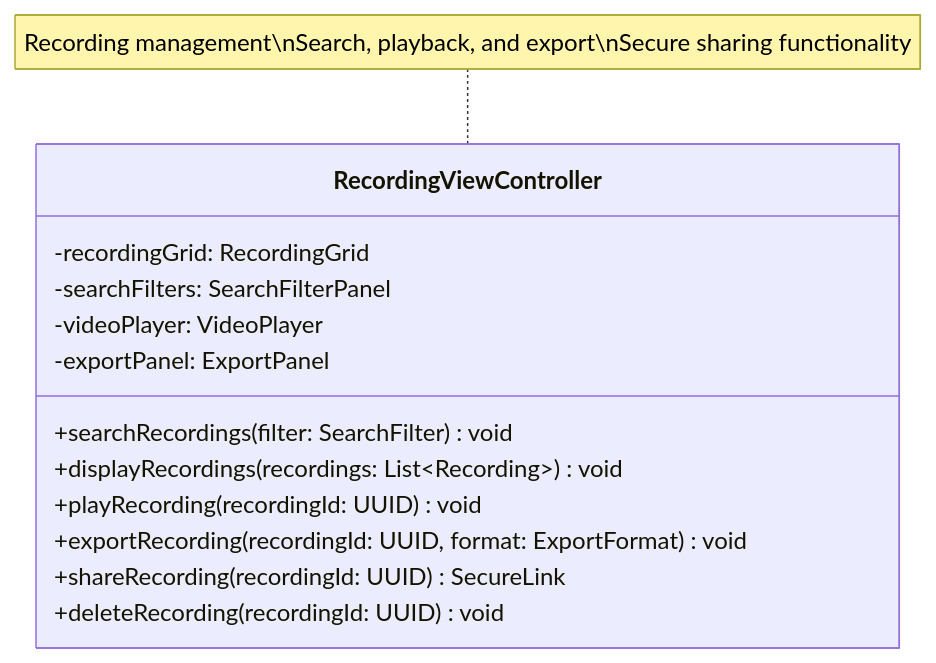
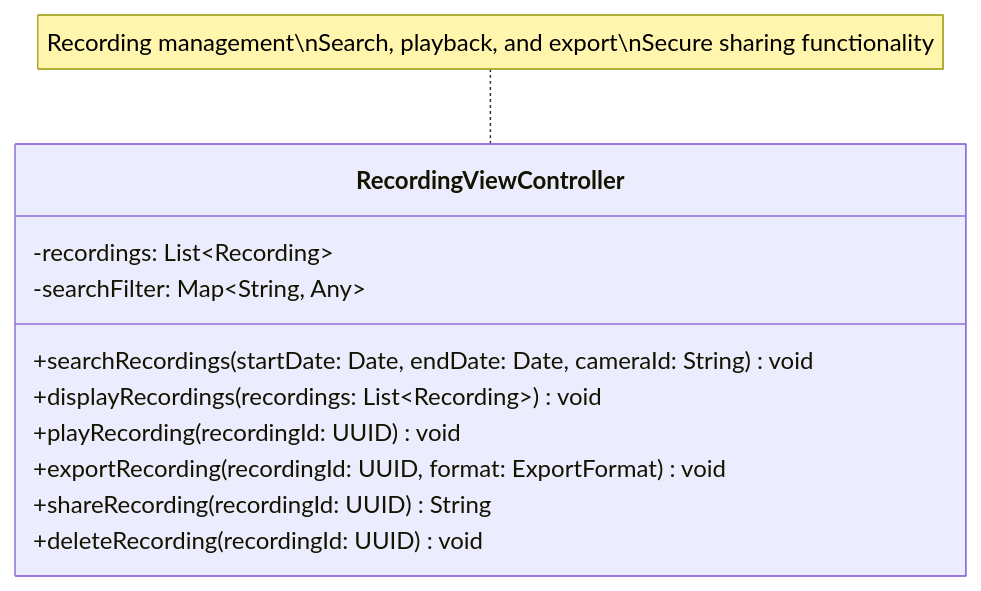
The eighth of 10 diagrams in diagrams/presentation_class_diagram.md (mj010101/swe_25f), drawn with Mermaid before and after one commit. The commit also changed other lines of this file and 4 other files, not shown here.

````diff
--- a/diagrams/presentation_class_diagram.md
+++ b/diagrams/presentation_class_diagram.md
@@ -215,19 +202,17 @@
 ```mermaid
 classDiagram
     direction TB
 
     class RecordingViewController {
-        -recordingGrid: RecordingGrid
-        -searchFilters: SearchFilterPanel
-        -videoPlayer: VideoPlayer
-        -exportPanel: ExportPanel
-        +searchRecordings(filter: SearchFilter) void
+        -recordings: List~Recording~
+        -searchFilter: Map~String, Any~
+        +searchRecordings(startDate: Date, endDate: Date, cameraId: String) void
         +displayRecordings(recordings: List~Recording~) void
         +playRecording(recordingId: UUID) void
         +exportRecording(recordingId: UUID, format: ExportFormat) void
-        +shareRecording(recordingId: UUID) SecureLink
+        +shareRecording(recordingId: UUID) String
         +deleteRecording(recordingId: UUID) void
     }
 
     note for RecordingViewController "Recording management\nSearch, playback, and export\nSecure sharing functionality"
 ```
````
